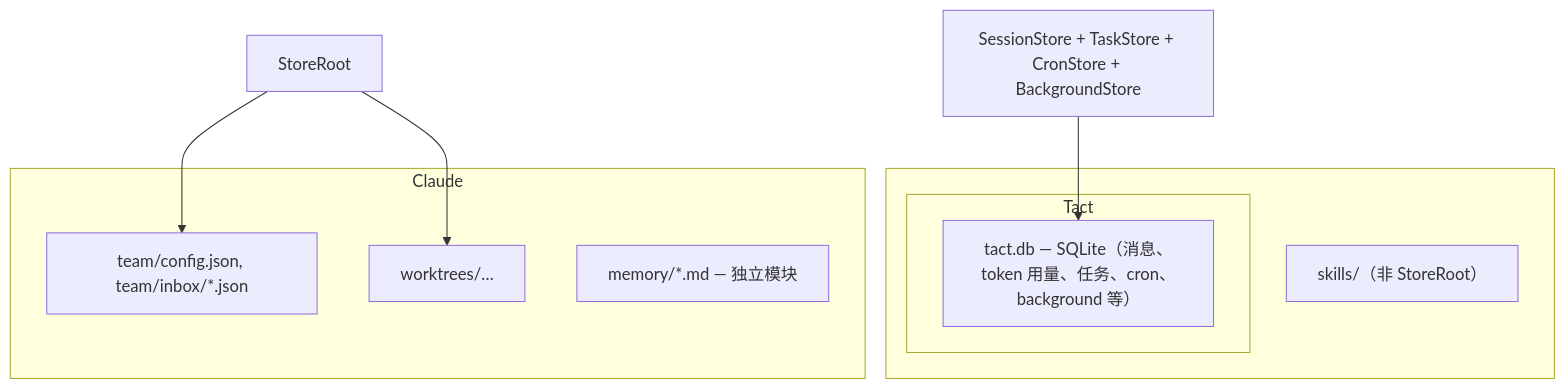
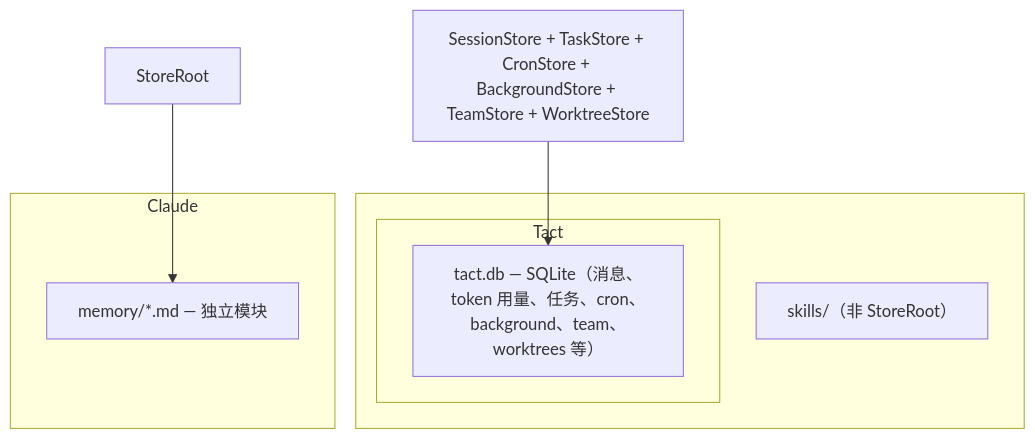
The first of 2 diagrams in book/01_chapter_store_zh.md (rust-infra/tact), drawn with Mermaid before and after one commit. The commit also changed other lines of this file and 20 other files, not shown here.

First line of the commit message:
feat(store): migrate team and worktree storage from JSON to SQLite

````diff
--- a/book/01_chapter_store_zh.md
+++ b/book/01_chapter_store_zh.md
@@ -20,23 +20,20 @@
 ```mermaid
 graph TB
     subgraph Workdir["<workdir>"]
         Tact[".tact/"]
         Tact[".tact/"]
         Skills["skills/（非 StoreRoot）"]
     end
 
     subgraph Tact
-        DB["tact.db — SQLite（消息、token 用量、任务、cron、background 等）"]
+        DB["tact.db — SQLite（消息、token 用量、任务、cron、background、team、worktrees 等）"]
     end
 
     subgraph Claude
-        Team["team/config.json, team/inbox/*.json"]
-        WT["worktrees/…"]
         Mem["memory/*.md — 独立模块"]
     end
 
-    SR[StoreRoot] --> Team
-    SR --> WT
+    SR[StoreRoot] --> Mem
 
-    SS[SessionStore + TaskStore + CronStore + BackgroundStore] --> DB
+    SS[SessionStore + TaskStore + CronStore + BackgroundStore + TeamStore + WorktreeStore] --> DB
 ```
````
